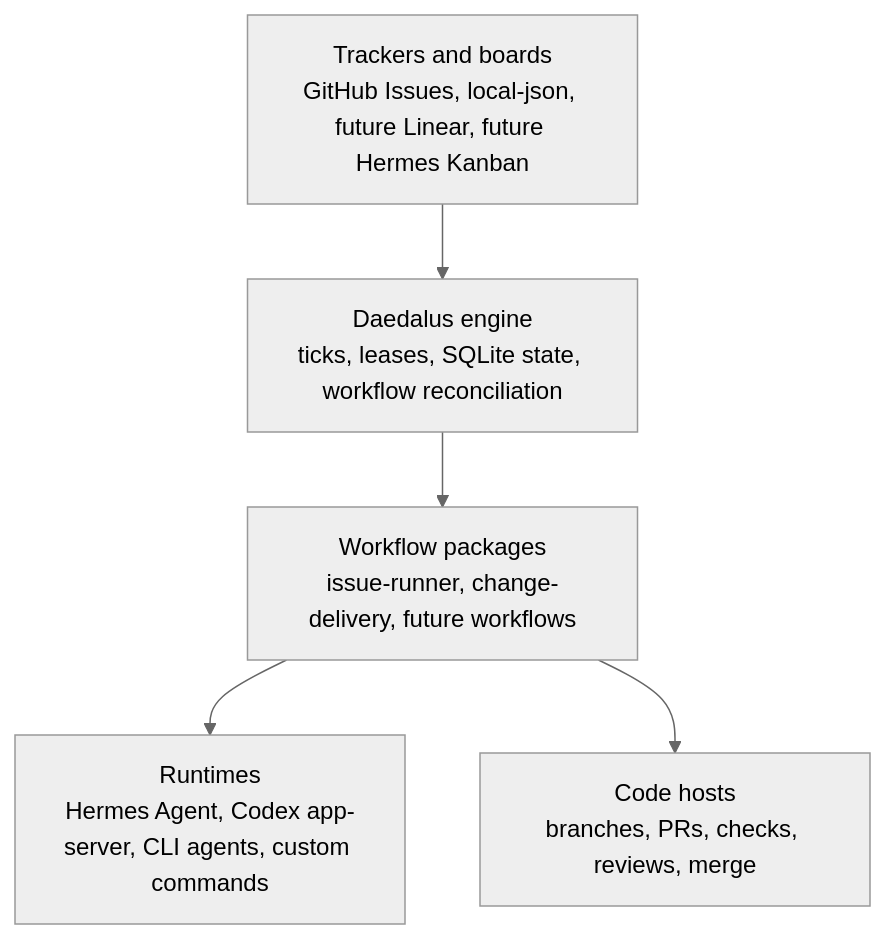
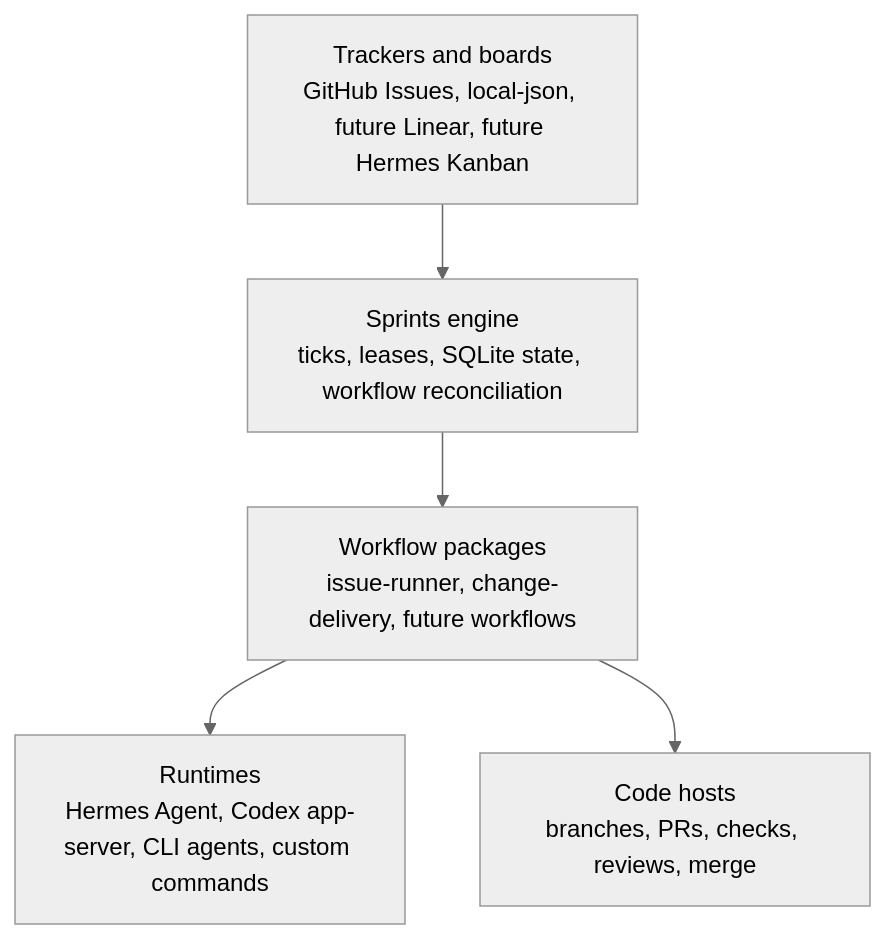
The diagram in docs/positioning.md (attmous/daedalus), drawn with Mermaid (neutral theme) before and after one commit. The commit also changed other lines of this file and 155 other files, not shown here.

````diff
--- a/docs/positioning.md
+++ b/docs/positioning.md
@@ -7,13 +7,13 @@
 ```mermaid
 flowchart TD
     Tracker[Trackers and boards<br/>GitHub Issues, local-json, future Linear, future Hermes Kanban]
-    Daedalus[Daedalus engine<br/>ticks, leases, SQLite state, workflow reconciliation]
+    Sprints[Sprints engine<br/>ticks, leases, SQLite state, workflow reconciliation]
     Workflow[Workflow packages<br/>issue-runner, change-delivery, future workflows]
     Runtime[Runtimes<br/>Hermes Agent, Codex app-server, CLI agents, custom commands]
     CodeHost[Code hosts<br/>branches, PRs, checks, reviews, merge]
 
-    Tracker --> Daedalus
-    Daedalus --> Workflow
+    Tracker --> Sprints
+    Sprints --> Workflow
     Workflow --> Runtime
     Workflow --> CodeHost
 ```
````
